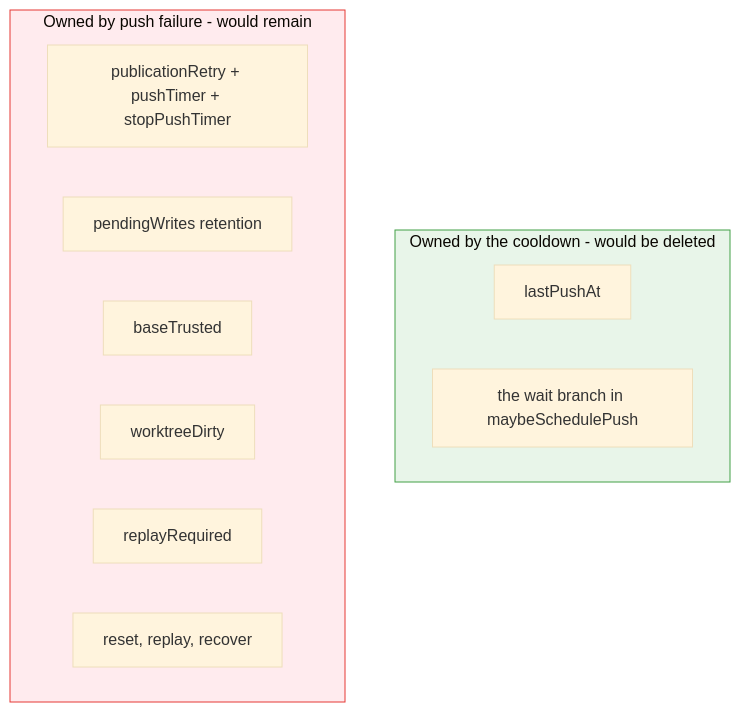
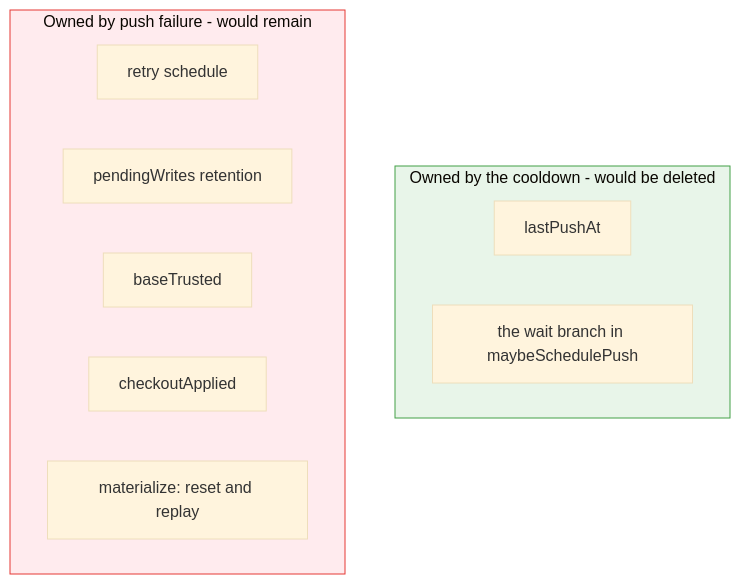
One commit to ConfigButler/gitops-reverser changed the third of 4 diagrams in docs/design/push-cooldown.md. Above: the diagram before and after it, drawn with Mermaid (base theme). The commit also changed other lines of this file and 129 other files, not shown here.

````diff
--- a/docs/design/push-cooldown.md
+++ b/docs/design/push-cooldown.md
@@ -158,19 +172,18 @@
 ```mermaid
 flowchart TD
     subgraph COOLDOWN["Owned by the cooldown - would be deleted"]
         LPA["lastPushAt"]
         MSP["the wait branch in maybeSchedulePush"]
     end
 
     subgraph FAILURE["Owned by push failure - would remain"]
-        PT["publicationRetry + pushTimer + stopPushTimer"]
+        PT["retry schedule"]
         PW["pendingWrites retention"]
         BT["baseTrusted"]
-        WD["worktreeDirty"]
-        RR["replayRequired"]
-        RE["reset, replay, recover"]
+        CA["checkoutApplied"]
+        RE["materialize: reset and replay"]
     end
 
     style COOLDOWN fill:#e8f5e9,stroke:#43a047
     style FAILURE fill:#ffebee,stroke:#e53935
 ```
````
